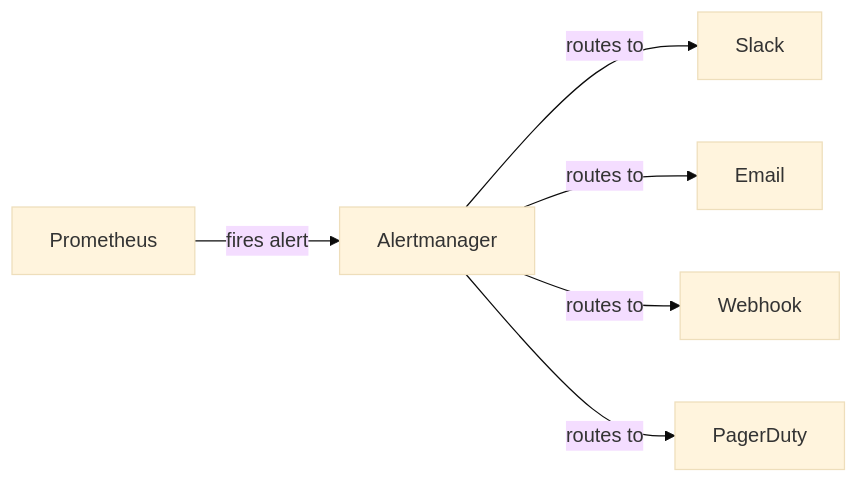
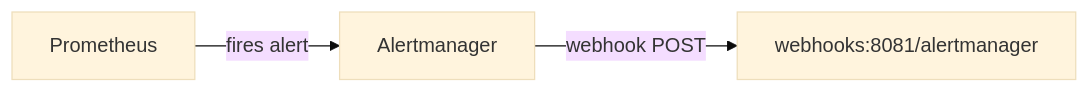
One commit to Techies-Africa/mailyte-mail-server-community changed the diagram in docs/monitoring/alerting.md. Above: the diagram before and after it, drawn with Mermaid (base theme). The commit also changed other lines of this file and 481 other files, not shown here.

````diff
--- a/docs/monitoring/alerting.md
+++ b/docs/monitoring/alerting.md
@@ -9,8 +9,5 @@
 ```mermaid
 graph LR
     PR[Prometheus] -->|fires alert| AM[Alertmanager]
-    AM -->|routes to| SL[Slack]
-    AM -->|routes to| EM[Email]
-    AM -->|routes to| WH[Webhook]
-    AM -->|routes to| PD[PagerDuty]
+    AM -->|webhook POST| WH[webhooks:8081/alertmanager]
 ```
````
